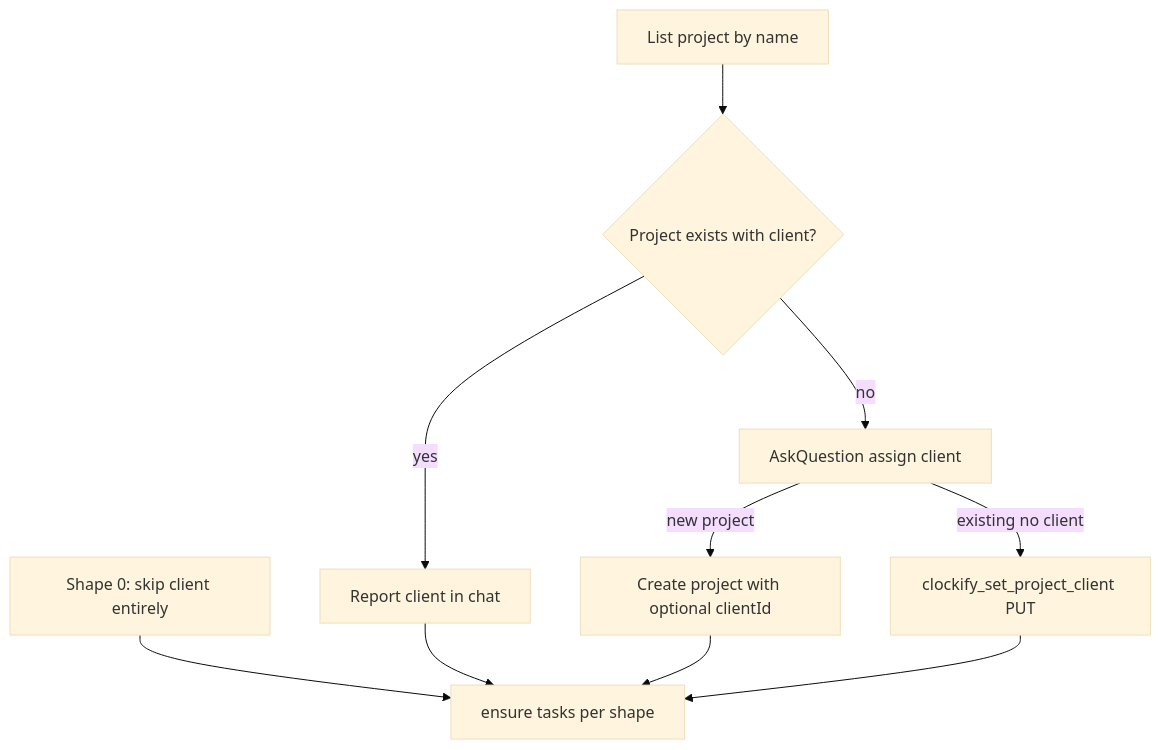
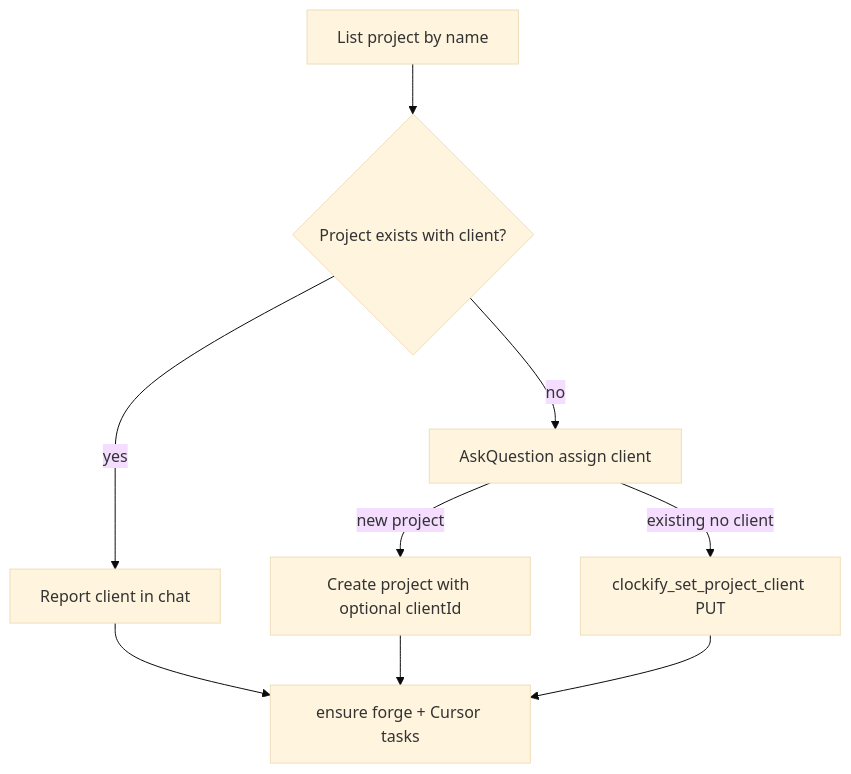
One commit to dustinestes/clockify-agent-plugin changed the second of 3 diagrams in docs/flows.md. Above: the diagram before and after it, drawn with Mermaid (base theme). The commit also changed other lines of this file and 20 other files, not shown here.

First line of the commit message:
v3 init/automate: forge sources and Cursor Plan/Debug (#86)

````diff
--- a/docs/flows.md
+++ b/docs/flows.md
@@ -30,21 +159,19 @@
 ```mermaid
 flowchart TD
-  skip0[Shape 0: skip client entirely]
   lookup[List project by name]
   hasClient{Project exists with client?}
   report[Report client in chat]
   ask[AskQuestion assign client]
   create[Create project with optional clientId]
   patch[clockify_set_project_client PUT]
-  tasks[ensure tasks per shape]
+  tasks[ensure forge + Cursor tasks]
 
-  skip0 --> tasks
   lookup --> hasClient
   hasClient -->|yes| report
   hasClient -->|no| ask
   ask -->|new project| create
   ask -->|existing no client| patch
   report --> tasks
   create --> tasks
   patch --> tasks
 ```
````
